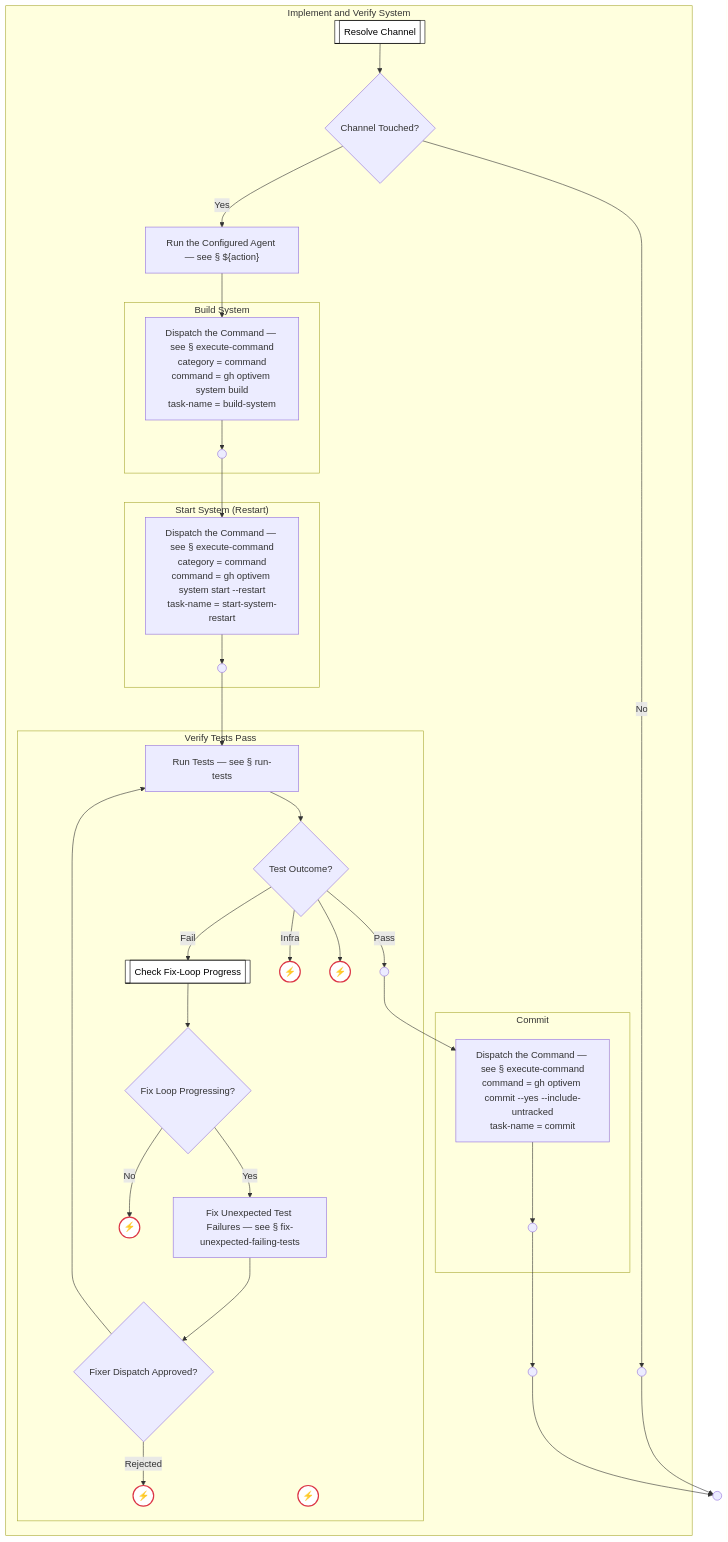
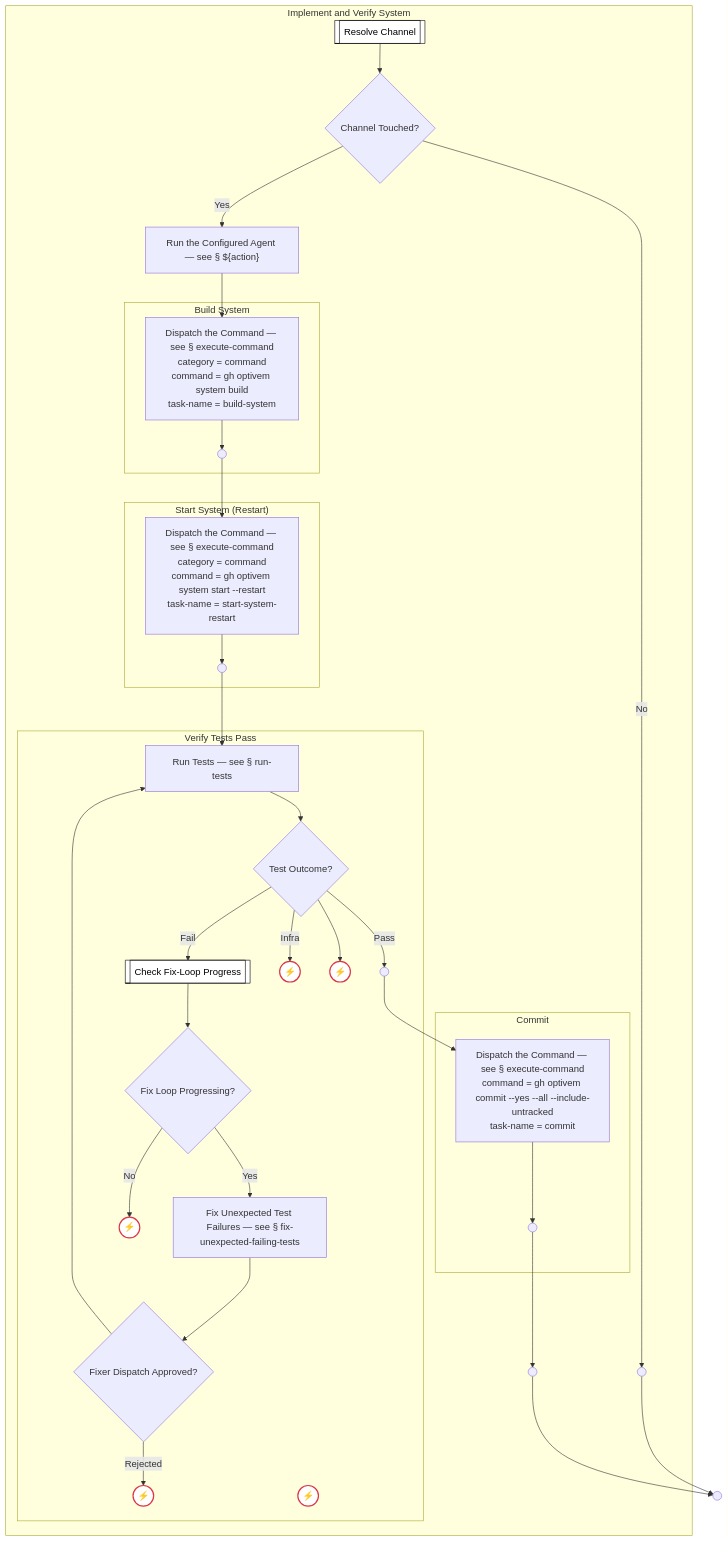
The ninth of 11 diagrams in docs/process-diagram-expanded.md (optivem/gh-optivem), drawn with Mermaid before and after one commit. The commit also changed other lines of this file and 2 other files, not shown here.

Commit message:
atdd: regenerate process-flow diagram

````diff
--- a/docs/process-diagram-expanded.md
+++ b/docs/process-diagram-expanded.md
@@ -616,68 +616,68 @@
 ```mermaid
 flowchart TD
     REFACTOR_SYSTEM_STRUCTURE_END(( ))
     subgraph IMPLEMENT_AND_VERIFY_SYSTEM[Implement and Verify System]
     IMPLEMENT_AND_VERIFY_SYSTEM__RESOLVE_CHANNEL[[Resolve Channel]]
     IMPLEMENT_AND_VERIFY_SYSTEM__GATE_CHANNEL_TOUCHED{Channel Touched?}
     IMPLEMENT_AND_VERIFY_SYSTEM__RUN_ACTION["Run the Configured Agent — see § ${action}"]
     IMPLEMENT_AND_VERIFY_SYSTEM__CHANNEL_SKIPPED(( ))
     IMPLEMENT_AND_VERIFY_SYSTEM__IMPL_AND_VERIFY_SYSTEM_END(( ))
     subgraph IMPLEMENT_AND_VERIFY_SYSTEM__BUILD_SYSTEM[Build System]
     IMPLEMENT_AND_VERIFY_SYSTEM__BUILD_SYSTEM__EXECUTE_COMMAND["Dispatch the Command — see § execute-command<br/>category = command<br/>command = gh optivem system build<br/>task-name = build-system"]
     IMPLEMENT_AND_VERIFY_SYSTEM__BUILD_SYSTEM__BUILD_SYS_END(( ))
     end
     subgraph IMPLEMENT_AND_VERIFY_SYSTEM__START_SYSTEM["Start System (Restart)"]
     IMPLEMENT_AND_VERIFY_SYSTEM__START_SYSTEM__EXECUTE_COMMAND["Dispatch the Command — see § execute-command<br/>category = command<br/>command = gh optivem system start --restart<br/>task-name = start-system-restart"]
     IMPLEMENT_AND_VERIFY_SYSTEM__START_SYSTEM__START_SYS_RESTART_END(( ))
     end
     subgraph IMPLEMENT_AND_VERIFY_SYSTEM__VERIFY_TESTS_PASS[Verify Tests Pass]
     IMPLEMENT_AND_VERIFY_SYSTEM__VERIFY_TESTS_PASS__RUN_TESTS[Run Tests — see § run-tests]
     IMPLEMENT_AND_VERIFY_SYSTEM__VERIFY_TESTS_PASS__GATE_TESTS_OUTCOME{Test Outcome?}
     IMPLEMENT_AND_VERIFY_SYSTEM__VERIFY_TESTS_PASS__VERIFY_PASS_END(( ))
     IMPLEMENT_AND_VERIFY_SYSTEM__VERIFY_TESTS_PASS__CHECK_FIX_PROGRESS[[Check Fix-Loop Progress]]
     IMPLEMENT_AND_VERIFY_SYSTEM__VERIFY_TESTS_PASS__TESTS_INFRA_HALT((⚡))
     IMPLEMENT_AND_VERIFY_SYSTEM__VERIFY_TESTS_PASS__UNKNOWN_TESTS_OUTCOME((⚡))
     IMPLEMENT_AND_VERIFY_SYSTEM__VERIFY_TESTS_PASS__GATE_FIX_PROGRESSING{Fix Loop Progressing?}
     IMPLEMENT_AND_VERIFY_SYSTEM__VERIFY_TESTS_PASS__FIX_UNEXPECTED_FAILING_TESTS[Fix Unexpected Test Failures — see § fix-unexpected-failing-tests]
     IMPLEMENT_AND_VERIFY_SYSTEM__VERIFY_TESTS_PASS__FIX_LOOP_NO_PROGRESS_EXHAUSTED((⚡))
     IMPLEMENT_AND_VERIFY_SYSTEM__VERIFY_TESTS_PASS__GATE_FIX_FLOW_APPROVED{Fixer Dispatch Approved?}
     IMPLEMENT_AND_VERIFY_SYSTEM__VERIFY_TESTS_PASS__FIX_FLOW_NOT_APPROVED((⚡))
     IMPLEMENT_AND_VERIFY_SYSTEM__VERIFY_TESTS_PASS__FIX_LOOP_EXHAUSTED((⚡))
     end
     subgraph IMPLEMENT_AND_VERIFY_SYSTEM__COMMIT_SYSTEM[Commit]
-    IMPLEMENT_AND_VERIFY_SYSTEM__COMMIT_SYSTEM__EXECUTE_COMMAND["Dispatch the Command — see § execute-command<br/>command = gh optivem commit --yes --include-untracked<br/>task-name = commit"]
+    IMPLEMENT_AND_VERIFY_SYSTEM__COMMIT_SYSTEM__EXECUTE_COMMAND["Dispatch the Command — see § execute-command<br/>command = gh optivem commit --yes --all --include-untracked<br/>task-name = commit"]
     IMPLEMENT_AND_VERIFY_SYSTEM__COMMIT_SYSTEM__COMMIT_MID_END(( ))
     end
     end
 
     IMPLEMENT_AND_VERIFY_SYSTEM__BUILD_SYSTEM__EXECUTE_COMMAND --> IMPLEMENT_AND_VERIFY_SYSTEM__BUILD_SYSTEM__BUILD_SYS_END
     IMPLEMENT_AND_VERIFY_SYSTEM__START_SYSTEM__EXECUTE_COMMAND --> IMPLEMENT_AND_VERIFY_SYSTEM__START_SYSTEM__START_SYS_RESTART_END
     IMPLEMENT_AND_VERIFY_SYSTEM__VERIFY_TESTS_PASS__RUN_TESTS --> IMPLEMENT_AND_VERIFY_SYSTEM__VERIFY_TESTS_PASS__GATE_TESTS_OUTCOME
     IMPLEMENT_AND_VERIFY_SYSTEM__VERIFY_TESTS_PASS__GATE_TESTS_OUTCOME -- Pass --> IMPLEMENT_AND_VERIFY_SYSTEM__VERIFY_TESTS_PASS__VERIFY_PASS_END
     IMPLEMENT_AND_VERIFY_SYSTEM__VERIFY_TESTS_PASS__GATE_TESTS_OUTCOME -- Fail --> IMPLEMENT_AND_VERIFY_SYSTEM__VERIFY_TESTS_PASS__CHECK_FIX_PROGRESS
     IMPLEMENT_AND_VERIFY_SYSTEM__VERIFY_TESTS_PASS__GATE_TESTS_OUTCOME -- Infra --> IMPLEMENT_AND_VERIFY_SYSTEM__VERIFY_TESTS_PASS__TESTS_INFRA_HALT
     IMPLEMENT_AND_VERIFY_SYSTEM__VERIFY_TESTS_PASS__GATE_TESTS_OUTCOME --> IMPLEMENT_AND_VERIFY_SYSTEM__VERIFY_TESTS_PASS__UNKNOWN_TESTS_OUTCOME
     IMPLEMENT_AND_VERIFY_SYSTEM__VERIFY_TESTS_PASS__CHECK_FIX_PROGRESS --> IMPLEMENT_AND_VERIFY_SYSTEM__VERIFY_TESTS_PASS__GATE_FIX_PROGRESSING
     IMPLEMENT_AND_VERIFY_SYSTEM__VERIFY_TESTS_PASS__GATE_FIX_PROGRESSING -- Yes --> IMPLEMENT_AND_VERIFY_SYSTEM__VERIFY_TESTS_PASS__FIX_UNEXPECTED_FAILING_TESTS
     IMPLEMENT_AND_VERIFY_SYSTEM__VERIFY_TESTS_PASS__GATE_FIX_PROGRESSING -- No --> IMPLEMENT_AND_VERIFY_SYSTEM__VERIFY_TESTS_PASS__FIX_LOOP_NO_PROGRESS_EXHAUSTED
     IMPLEMENT_AND_VERIFY_SYSTEM__VERIFY_TESTS_PASS__FIX_UNEXPECTED_FAILING_TESTS --> IMPLEMENT_AND_VERIFY_SYSTEM__VERIFY_TESTS_PASS__GATE_FIX_FLOW_APPROVED
     IMPLEMENT_AND_VERIFY_SYSTEM__VERIFY_TESTS_PASS__GATE_FIX_FLOW_APPROVED -- Rejected --> IMPLEMENT_AND_VERIFY_SYSTEM__VERIFY_TESTS_PASS__FIX_FLOW_NOT_APPROVED
     IMPLEMENT_AND_VERIFY_SYSTEM__VERIFY_TESTS_PASS__GATE_FIX_FLOW_APPROVED --> IMPLEMENT_AND_VERIFY_SYSTEM__VERIFY_TESTS_PASS__RUN_TESTS
     IMPLEMENT_AND_VERIFY_SYSTEM__COMMIT_SYSTEM__EXECUTE_COMMAND --> IMPLEMENT_AND_VERIFY_SYSTEM__COMMIT_SYSTEM__COMMIT_MID_END
     IMPLEMENT_AND_VERIFY_SYSTEM__RESOLVE_CHANNEL --> IMPLEMENT_AND_VERIFY_SYSTEM__GATE_CHANNEL_TOUCHED
     IMPLEMENT_AND_VERIFY_SYSTEM__GATE_CHANNEL_TOUCHED -- Yes --> IMPLEMENT_AND_VERIFY_SYSTEM__RUN_ACTION
     IMPLEMENT_AND_VERIFY_SYSTEM__GATE_CHANNEL_TOUCHED -- No --> IMPLEMENT_AND_VERIFY_SYSTEM__CHANNEL_SKIPPED
     IMPLEMENT_AND_VERIFY_SYSTEM__RUN_ACTION --> IMPLEMENT_AND_VERIFY_SYSTEM__BUILD_SYSTEM__EXECUTE_COMMAND
     IMPLEMENT_AND_VERIFY_SYSTEM__BUILD_SYSTEM__BUILD_SYS_END --> IMPLEMENT_AND_VERIFY_SYSTEM__START_SYSTEM__EXECUTE_COMMAND
     IMPLEMENT_AND_VERIFY_SYSTEM__START_SYSTEM__START_SYS_RESTART_END --> IMPLEMENT_AND_VERIFY_SYSTEM__VERIFY_TESTS_PASS__RUN_TESTS
     IMPLEMENT_AND_VERIFY_SYSTEM__VERIFY_TESTS_PASS__VERIFY_PASS_END --> IMPLEMENT_AND_VERIFY_SYSTEM__COMMIT_SYSTEM__EXECUTE_COMMAND
     IMPLEMENT_AND_VERIFY_SYSTEM__COMMIT_SYSTEM__COMMIT_MID_END --> IMPLEMENT_AND_VERIFY_SYSTEM__IMPL_AND_VERIFY_SYSTEM_END
     IMPLEMENT_AND_VERIFY_SYSTEM__CHANNEL_SKIPPED --> REFACTOR_SYSTEM_STRUCTURE_END
     IMPLEMENT_AND_VERIFY_SYSTEM__IMPL_AND_VERIFY_SYSTEM_END --> REFACTOR_SYSTEM_STRUCTURE_END
 
     classDef serviceNode fill:#ffffff,stroke:#000000,stroke-width:1px,color:#000000
     class IMPLEMENT_AND_VERIFY_SYSTEM__RESOLVE_CHANNEL,IMPLEMENT_AND_VERIFY_SYSTEM__VERIFY_TESTS_PASS__CHECK_FIX_PROGRESS serviceNode
 
     classDef errorEndNode fill:#ffffff,stroke:#dc3545,stroke-width:2px,color:#000000
     class IMPLEMENT_AND_VERIFY_SYSTEM__VERIFY_TESTS_PASS__TESTS_INFRA_HALT,IMPLEMENT_AND_VERIFY_SYSTEM__VERIFY_TESTS_PASS__UNKNOWN_TESTS_OUTCOME,IMPLEMENT_AND_VERIFY_SYSTEM__VERIFY_TESTS_PASS__FIX_LOOP_NO_PROGRESS_EXHAUSTED,IMPLEMENT_AND_VERIFY_SYSTEM__VERIFY_TESTS_PASS__FIX_FLOW_NOT_APPROVED,IMPLEMENT_AND_VERIFY_SYSTEM__VERIFY_TESTS_PASS__FIX_LOOP_EXHAUSTED errorEndNode
 ```
````
